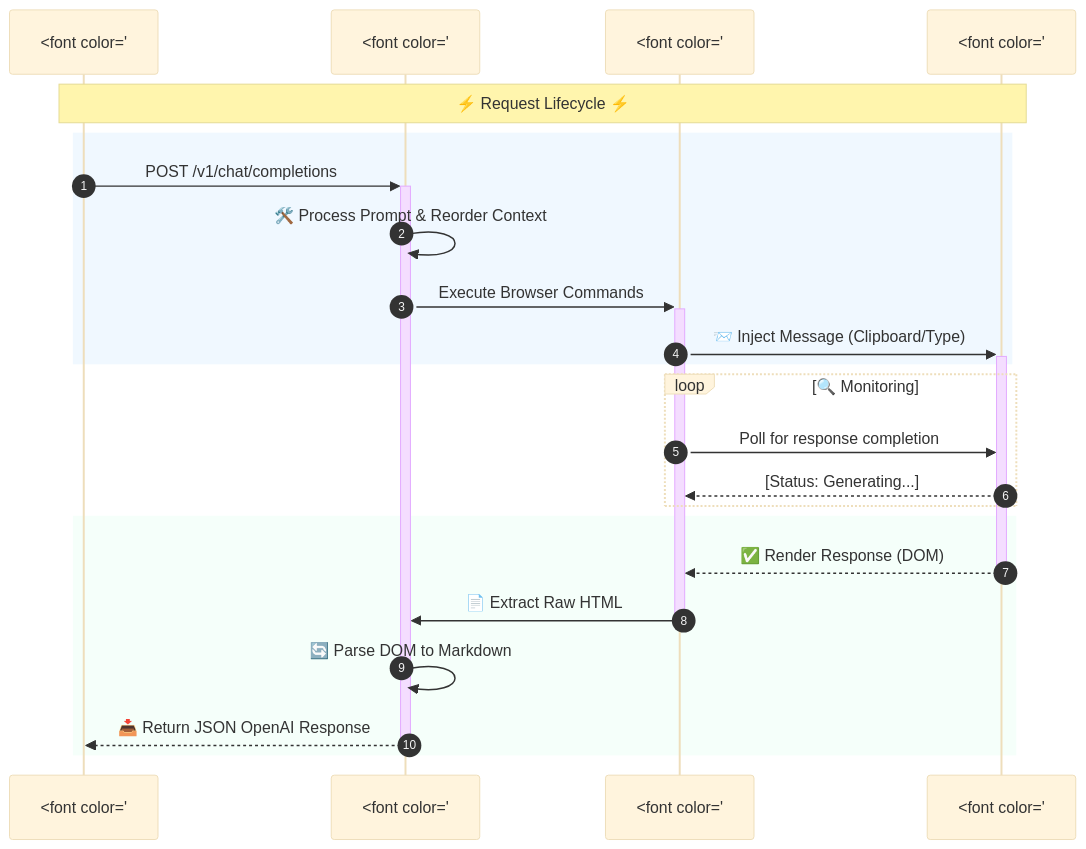
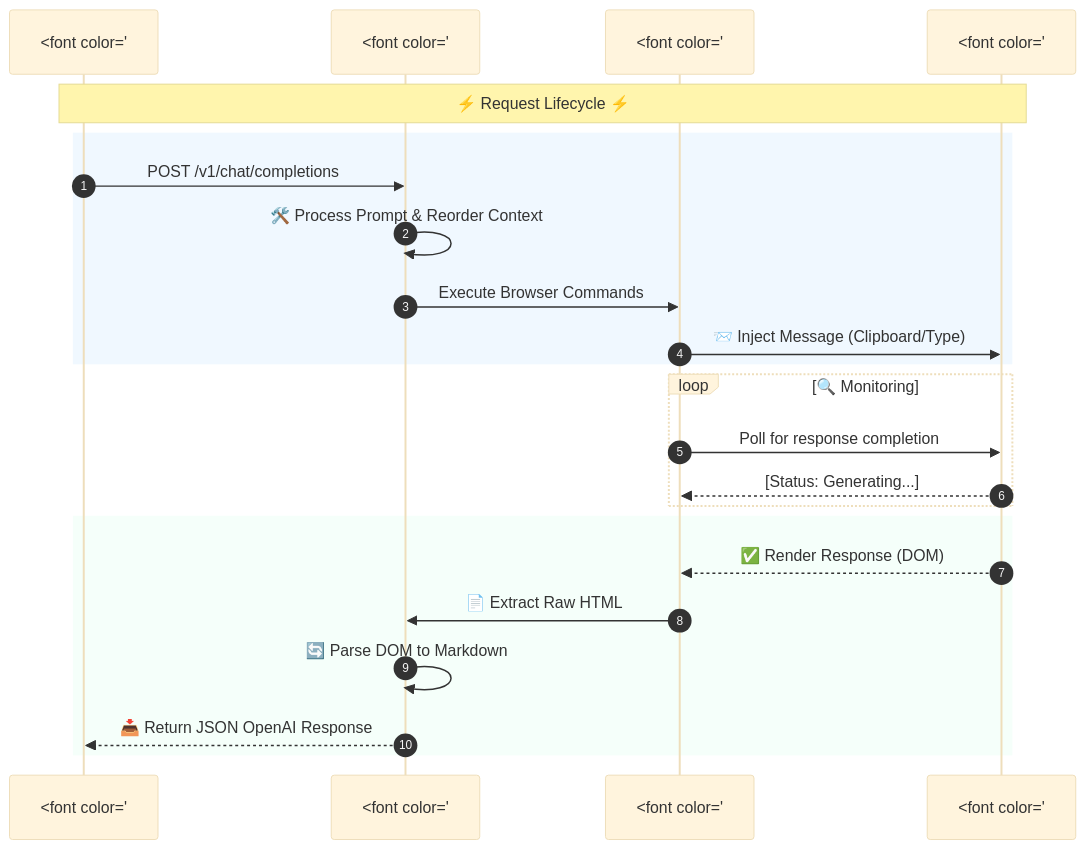
The diagram in README.md (VOID1793/browser_ai), drawn with Mermaid (base theme) before and after one commit.

Commit message:
Commit for Claude.

````diff
--- a/README.md
+++ b/README.md
@@ -45,31 +45,31 @@
 ```mermaid
 sequenceDiagram
     autonumber
 
     %% Define participants with colors and icons
     participant Client as <font color="#3498db">👤 LLM Client</font><br/>(Cursor/Continue)
     participant Bridge as <font color="#9b59b6">🌉 Browser_Ai</font><br/>(FastAPI Server)
     participant Playwright as <font color="#e67e22">🤖 Playwright</font><br/>(Automation)
     participant WebUI as <font color="#2ecc71">🌐 AI Web Interface</font><br/>(Gemini/ChatGPT)
 
     Note over Client, WebUI: ⚡ Request Lifecycle ⚡
 
     rect rgb(240, 248, 255)
-        Client->>+Bridge: POST /v1/chat/completions
+        Client->>Bridge: POST /v1/chat/completions
         Bridge->>Bridge: 🛠️ Process Prompt & Reorder Context
-        Bridge->>+Playwright: Execute Browser Commands
-        Playwright->>+WebUI: 📨 Inject Message (Clipboard/Type)
+        Bridge->>Playwright: Execute Browser Commands
+        Playwright->>WebUI: 📨 Inject Message (Clipboard/Type)
     end
 
     loop 🔍 Monitoring
         Playwright->>WebUI: Poll for response completion
         WebUI-->>Playwright: [Status: Generating...]
     end
 
     rect rgb(245, 255, 250)
-        WebUI-->>-Playwright: ✅ Render Response (DOM)
-        Playwright->>-Bridge: 📄 Extract Raw HTML
+        WebUI-->>Playwright: ✅ Render Response (DOM)
+        Playwright->>Bridge: 📄 Extract Raw HTML
         Bridge->>Bridge: 🔄 Parse DOM to Markdown
-        Bridge-->>-Client: 📥 Return JSON OpenAI Response
+        Bridge-->>Client: 📥 Return JSON OpenAI Response
     end
 ```
````
